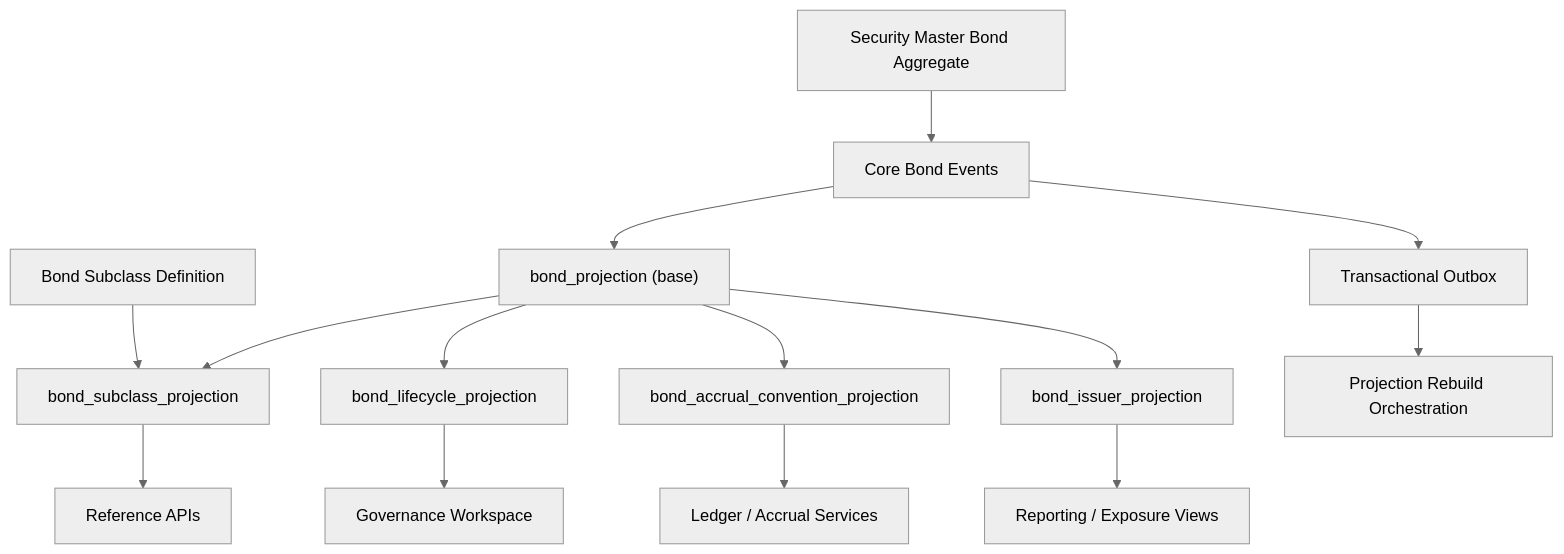
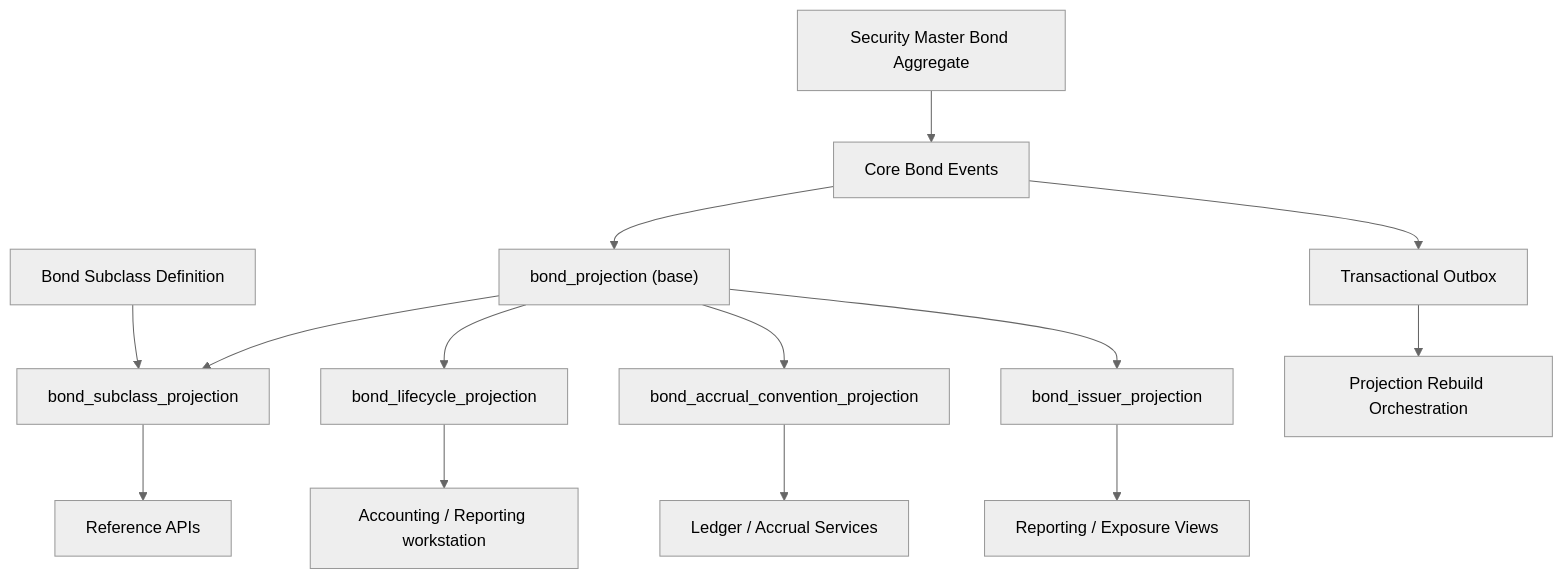
Before and after one commit to rodoHasArrived/Meridian-main: the diagram in docs/plans/ufl-bond-target-state-v2.md, drawn with Mermaid (neutral theme). The commit also changed other lines of this file and 51 other files, not shown here.

````diff
--- a/docs/plans/ufl-bond-target-state-v2.md
+++ b/docs/plans/ufl-bond-target-state-v2.md
@@ -79,18 +79,18 @@
 ```mermaid
 flowchart TD
     BondAggregate["Security Master Bond Aggregate"] --> CoreEvents["Core Bond Events"]
     CoreEvents --> Outbox["Transactional Outbox"]
     CoreEvents --> BaseProjection["bond_projection (base)"]
 
     SubclassDef["Bond Subclass Definition"] --> SubclassProjection["bond_subclass_projection"]
     BaseProjection --> SubclassProjection
     BaseProjection --> LifecycleProjection["bond_lifecycle_projection"]
     BaseProjection --> AccrualProjection["bond_accrual_convention_projection"]
     BaseProjection --> IssuerProjection["bond_issuer_projection"]
 
     SubclassProjection --> ReferenceApi["Reference APIs"]
-    LifecycleProjection --> GovernanceUi["Governance Workspace"]
+    LifecycleProjection --> GovernanceUi["Accounting / Reporting workstation"]
     AccrualProjection --> LedgerServices["Ledger / Accrual Services"]
     IssuerProjection --> Reporting["Reporting / Exposure Views"]
     Outbox --> Rebuild["Projection Rebuild Orchestration"]
 ```
````
